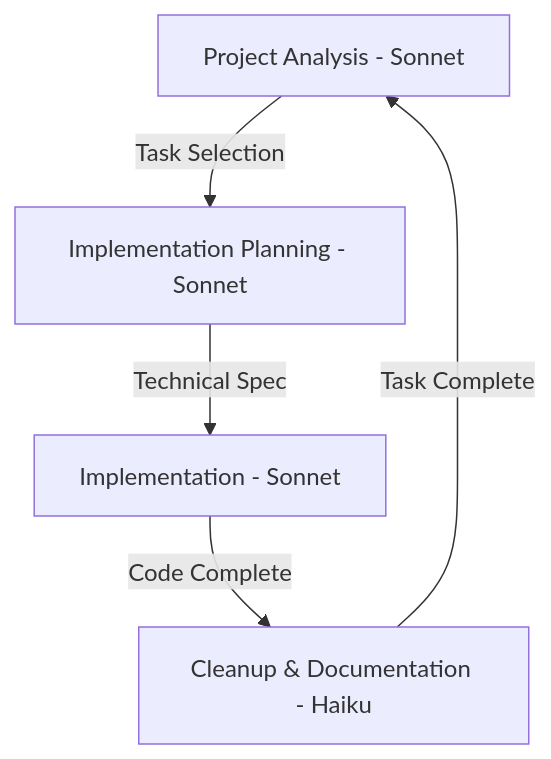
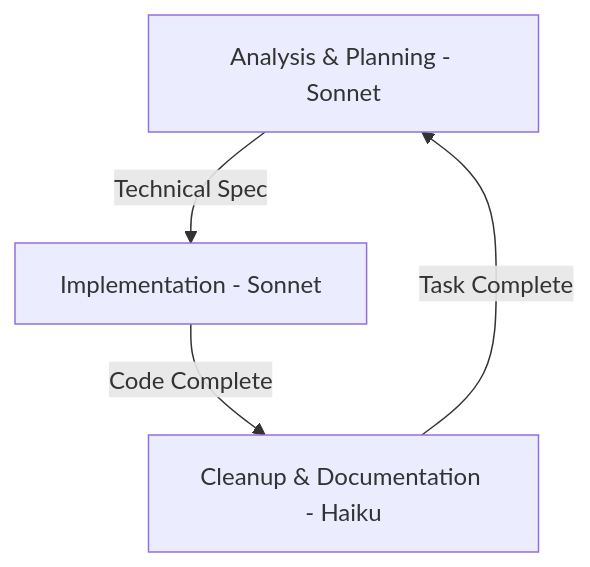
One commit to jerseycheese/BootHillGM changed the diagram in Docs/development/workflows/claude-workflow.md. Above: the diagram before and after it, drawn with Mermaid. The commit also changed other lines of this file and 3 other files, not shown here.

````diff
--- a/Docs/development/workflows/claude-workflow.md
+++ b/Docs/development/workflows/claude-workflow.md
@@ -15,7 +15,6 @@
 ```mermaid
 graph TD
-    A[Project Analysis - Sonnet] -->|Task Selection| B[Implementation Planning - Sonnet]
-    B -->|Technical Spec| C[Implementation - Sonnet]
-    C -->|Code Complete| D[Cleanup & Documentation - Haiku]
-    D -->|Task Complete| A
+    A[Analysis & Planning - Sonnet] -->|Technical Spec| B[Implementation - Sonnet]
+    B -->|Code Complete| C[Cleanup & Documentation - Haiku]
+    C -->|Task Complete| A
 ```
````
